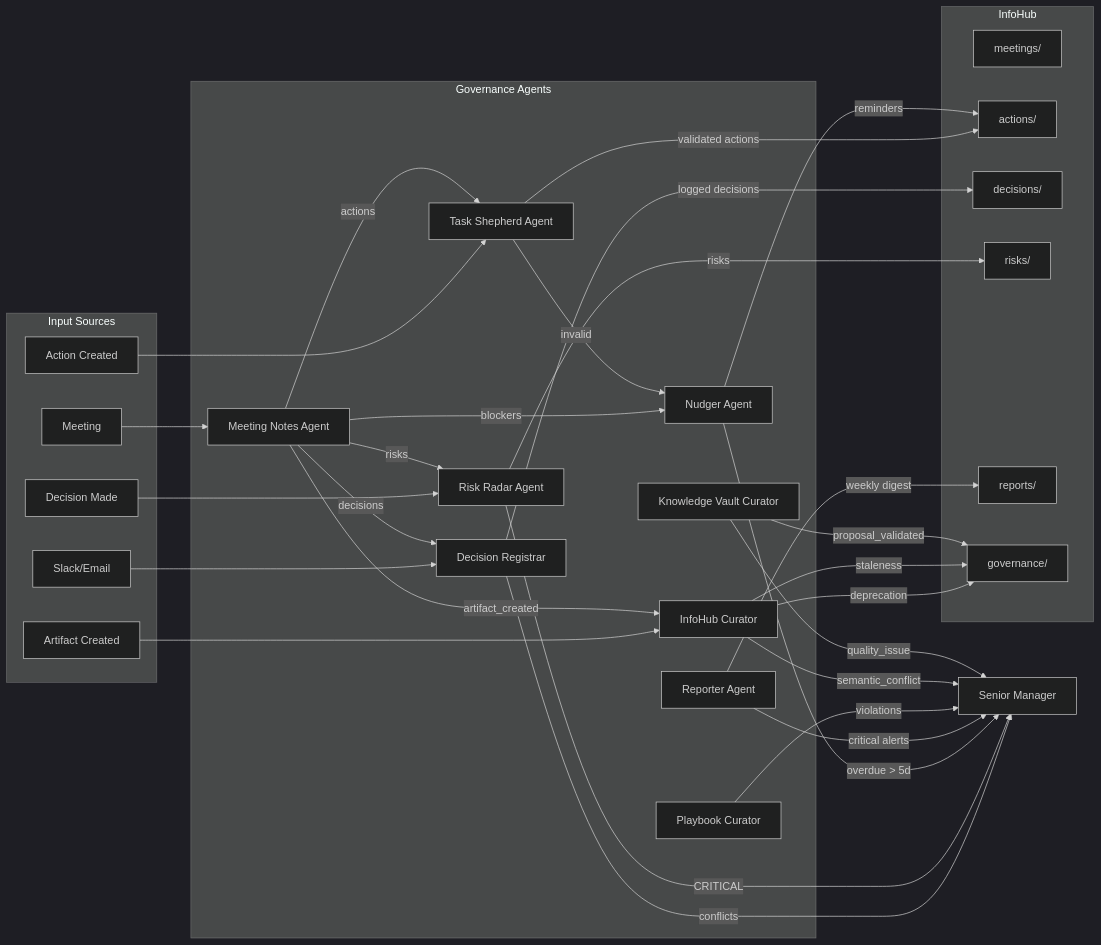
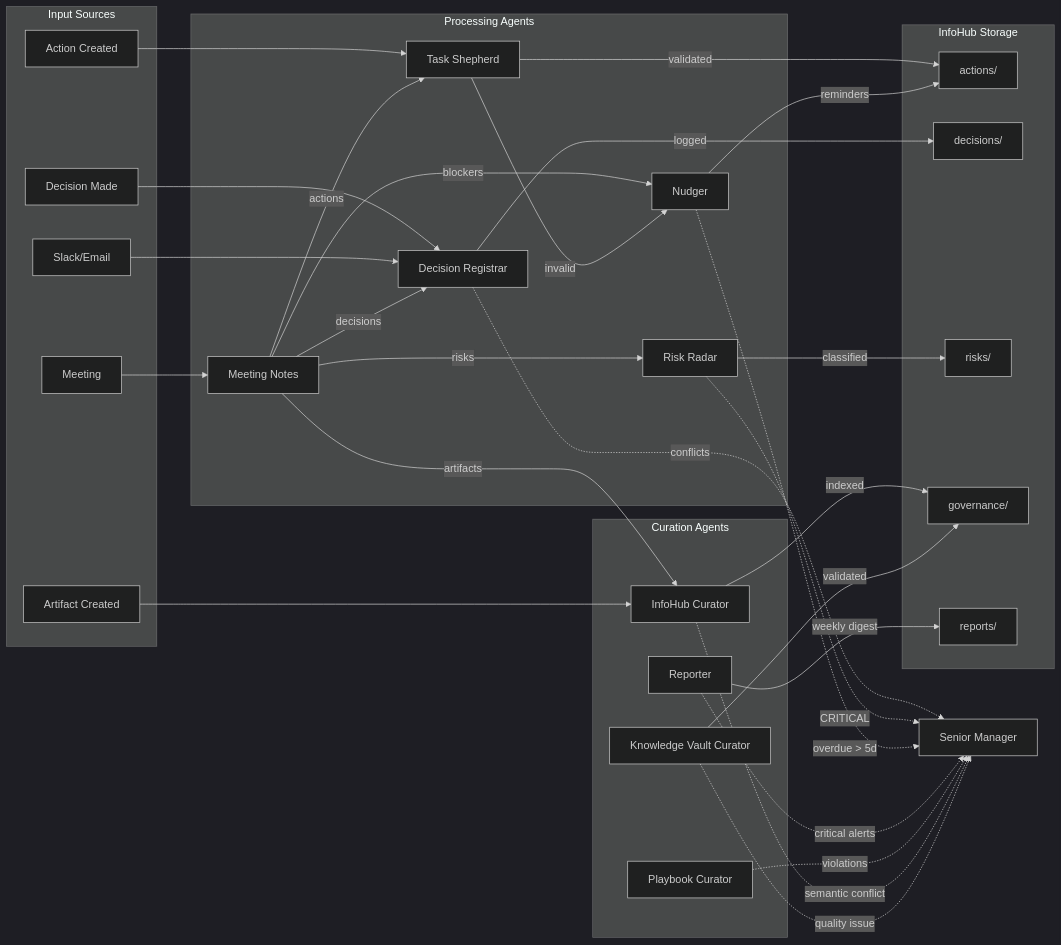
Before and after one commit to franktatjana/ea-agentic-lab: the second of 6 diagrams in docs/architecture/agents/agent-handover-diagram.md, drawn with Mermaid (dark theme). The commit also changed other lines of this file and 320 other files, not shown here.

First line of the commit message:
Checkpoint: agent definitions, profiles UI, domain model, governance specs

````diff
--- a/docs/architecture/agents/agent-handover-diagram.md
+++ b/docs/architecture/agents/agent-handover-diagram.md
@@ -106,69 +103,70 @@
 ```mermaid
 flowchart LR
     subgraph INPUT["Input Sources"]
         MEETING[Meeting]
+        ACTION[Action Created]
+        DECISION[Decision Made]
+        ARTIFACT[Artifact Created]
         SLACK[Slack/Email]
-        DECISION[Decision Made]
-        ACTION[Action Created]
-        ARTIFACT[Artifact Created]
     end
 
-    subgraph GOVERNANCE["Governance Agents"]
-        MN[Meeting Notes Agent]
-        TS[Task Shepherd Agent]
+    subgraph PROCESS["Processing Agents"]
+        MN[Meeting Notes]
+        TS[Task Shepherd]
         DR[Decision Registrar]
-        RR[Risk Radar Agent]
-        NU[Nudger Agent]
-        REP[Reporter Agent]
-        PC[Playbook Curator]
+        RR[Risk Radar]
+        NU[Nudger]
+    end
+
+    subgraph CURATE["Curation Agents"]
         IHC[InfoHub Curator]
         KVC[Knowledge Vault Curator]
+        PC[Playbook Curator]
+        REP[Reporter]
     end
 
-    subgraph OUTPUT["InfoHub"]
-        MEETINGS_OUT[meetings/]
+    subgraph OUTPUT["InfoHub Storage"]
         ACTIONS_OUT[actions/]
         DECISIONS_OUT[decisions/]
         RISKS_OUT[risks/]
+        GOV_OUT[governance/]
         REPORTS_OUT[reports/]
-        GOV_OUT[governance/]
     end
 
-    %% Input flows
+    SM[Senior Manager]
+
+    %% Input → Processing
     MEETING --> MN
+    ACTION --> TS
+    DECISION --> DR
     SLACK --> DR
-    DECISION --> RR
-    ACTION --> TS
     ARTIFACT --> IHC
 
-    %% Governance chain
+    %% Meeting Notes fans out
     MN -->|actions| TS
     MN -->|decisions| DR
     MN -->|risks| RR
     MN -->|blockers| NU
-    MN -->|artifact_created| IHC
+    MN -->|artifacts| IHC
 
-    TS -->|validated actions| ACTIONS_OUT
+    %% Processing → Output
+    TS -->|validated| ACTIONS_OUT
     TS -->|invalid| NU
-
-    DR -->|logged decisions| DECISIONS_OUT
-    DR -->|conflicts| SM[Senior Manager]
-
-    RR -->|risks| RISKS_OUT
-    RR -->|CRITICAL| SM
-
-    NU -->|overdue > 5d| SM
+    DR -->|logged| DECISIONS_OUT
+    RR -->|classified| RISKS_OUT
     NU -->|reminders| ACTIONS_OUT
 
+    %% Curation → Output
+    IHC -->|indexed| GOV_OUT
+    KVC -->|validated| GOV_OUT
     REP -->|weekly digest| REPORTS_OUT
-    REP -->|critical alerts| SM
 
-    PC -->|violations| SM
-
-    IHC -->|semantic_conflict| SM
-    IHC -->|deprecation| GOV_OUT
-    IHC -->|staleness| GOV_OUT
-
-    KVC -->|proposal_validated| GOV_OUT
-    KVC -->|quality_issue| SM
+    %% Escalations (dashed)
+    DR -.->|conflicts| SM
+    RR -.->|CRITICAL| SM
+    NU -.->|overdue > 5d| SM
+    REP -.->|critical alerts| SM
+    PC -.->|violations| SM
+    IHC -.->|semantic conflict| SM
+    KVC -.->|quality issue| SM
 ```
````
